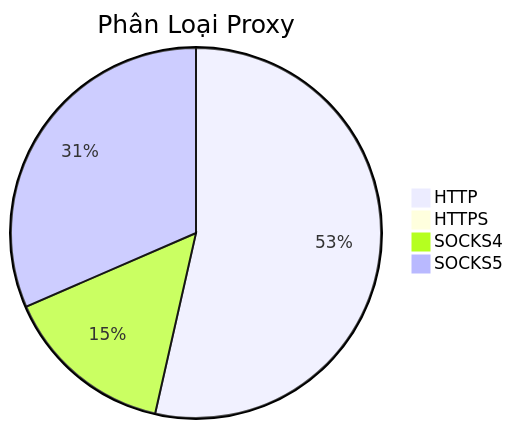
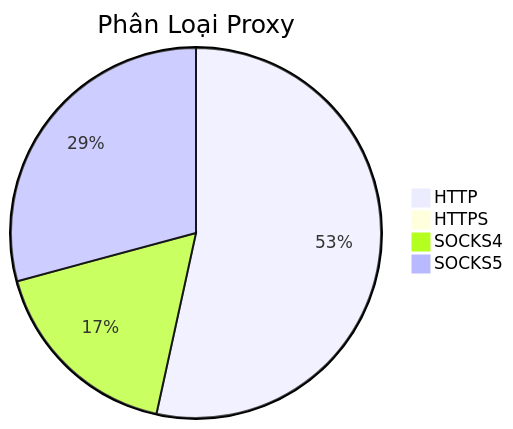
The diagram in README.md (Ciara-12/PROXY-free), drawn with Mermaid before and after one commit. The commit also changed other lines of this file and 3 other files, not shown here.

````diff
--- a/README.md
+++ b/README.md
@@ -26,7 +26,7 @@
 ```mermaid
 pie title Phân Loại Proxy
-    "HTTP" : 491
+    "HTTP" : 538
     "HTTPS" : 1
-    "SOCKS4" : 137
-    "SOCKS5" : 289
+    "SOCKS4" : 175
+    "SOCKS5" : 294
 ```
````
